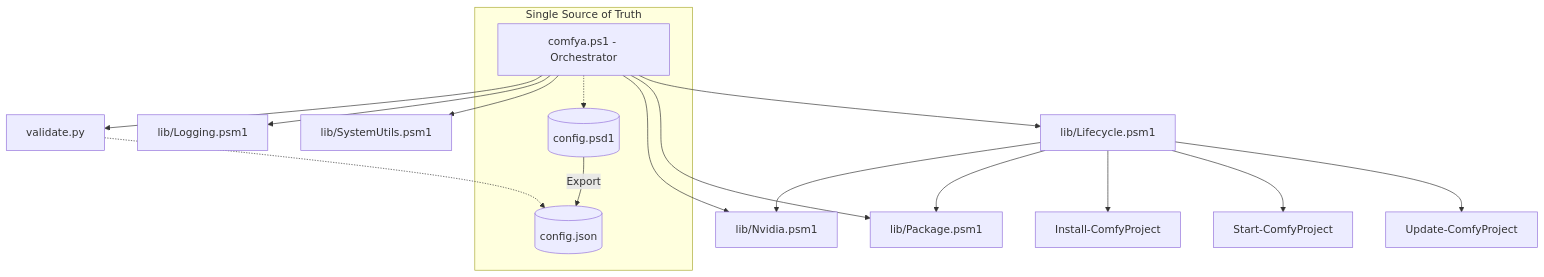
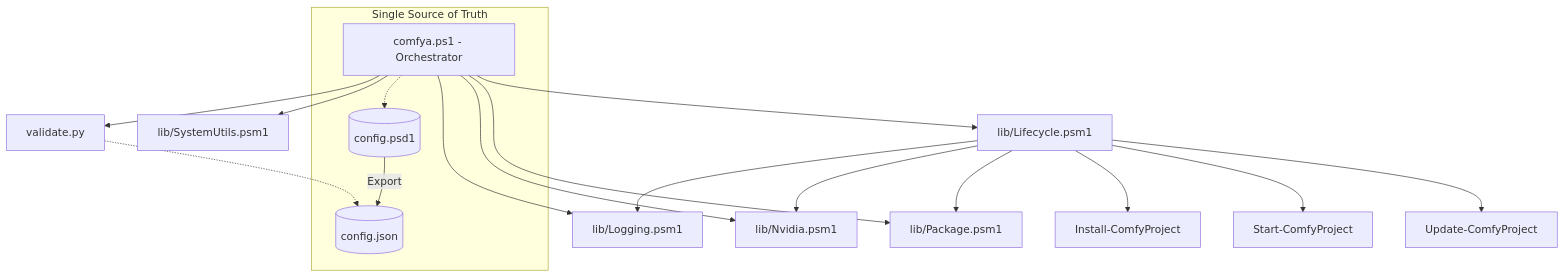
One commit to FeelTheFonk/comfYa changed the diagram in ARCHITECTURE.md. Above: the diagram before and after it, drawn with Mermaid. The commit also changed other lines of this file and 11 other files, not shown here.

````diff
--- a/ARCHITECTURE.md
+++ b/ARCHITECTURE.md
@@ -9,24 +9,25 @@
 ```mermaid
 graph TD
     CLI[comfya.ps1 - Orchestrator] --> L[lib/Logging.psm1]
     CLI --> N[lib/Nvidia.psm1]
     CLI --> S[lib/SystemUtils.psm1]
     CLI --> P[lib/Package.psm1]
     CLI --> Life[lib/Lifecycle.psm1]
     Life --> P
     Life --> N
+    Life --> L
 
     subgraph "Single Source of Truth"
         ConfigPSD[(config.psd1)]
         ConfigJSON[(config.json)]
         CLI -.-> ConfigPSD
         ConfigPSD -- "Export" --> ConfigJSON
     end
 
     Life --> Setup[Install-ComfyProject]
     Life --> Run[Start-ComfyProject]
     Life --> Update[Update-ComfyProject]
     CLI --> Doctor[validate.py]
     
     Doctor -.-> ConfigJSON
 ```
````
